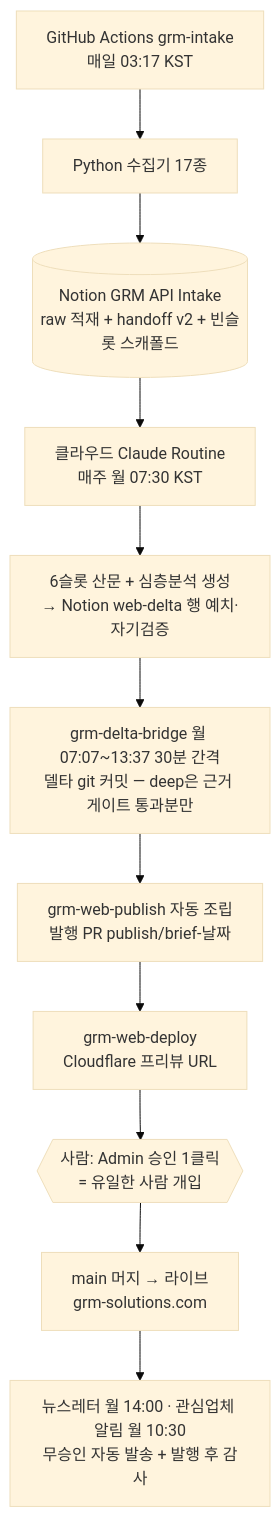
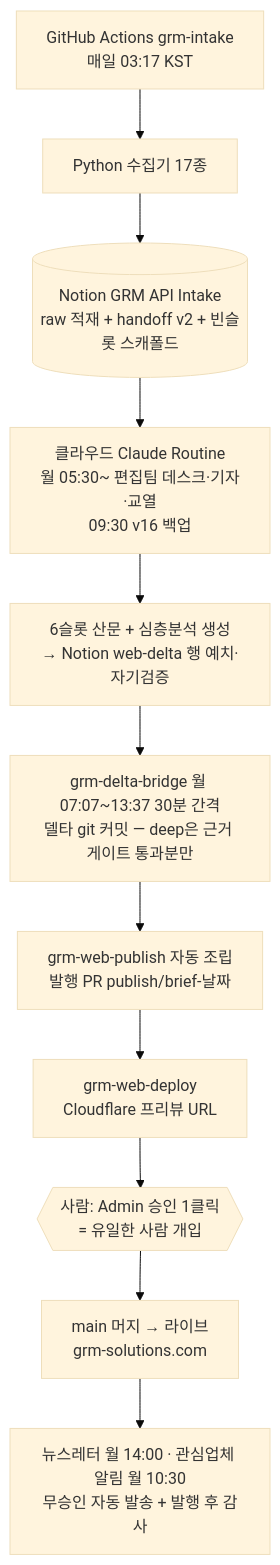
One commit to MINHOYEOM/grm-api-intake changed the second of 3 diagrams in GRM_SYSTEM.md. Above: the diagram before and after it, drawn with Mermaid (base theme). The commit also changed other lines of this file and 7 other files, not shown here.

````diff
--- a/GRM_SYSTEM.md
+++ b/GRM_SYSTEM.md
@@ -168,13 +168,13 @@
 ```mermaid
 flowchart TD
     A[GitHub Actions grm-intake<br/>매일 03:17 KST] --> B[Python 수집기 17종]
     B --> C[(Notion GRM API Intake<br/>raw 적재 + handoff v2 + 빈슬롯 스캐폴드)]
-    C --> D[클라우드 Claude Routine<br/>매주 월 07:30 KST]
+    C --> D[클라우드 Claude Routine<br/>월 05:30~ 편집팀 데스크·기자·교열<br/>09:30 v16 백업]
     D --> E[6슬롯 산문 + 심층분석 생성<br/>→ Notion web-delta 행 예치·자기검증]
     E --> F[grm-delta-bridge 월 07:07~13:37 30분 간격<br/>델타 git 커밋 — deep은 근거 게이트 통과분만]
     F --> G[grm-web-publish 자동 조립<br/>발행 PR publish/brief-날짜]
     G --> H[grm-web-deploy<br/>Cloudflare 프리뷰 URL]
     H --> I{{사람: Admin 승인 1클릭<br/>= 유일한 사람 개입}}
     I --> J[main 머지 → 라이브<br/>grm-solutions.com]
     J --> K[뉴스레터 월 14:00 · 관심업체 알림 월 10:30<br/>무승인 자동 발송 + 발행 후 감사]
 ```
````
